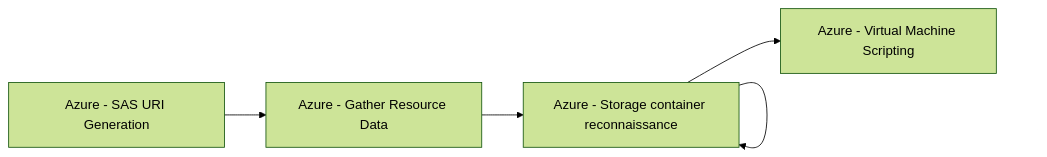
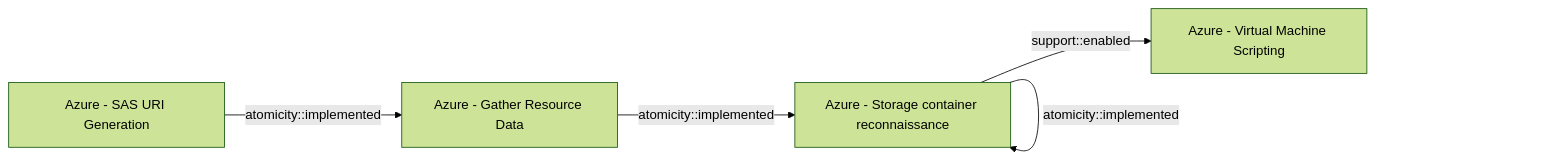
Before and after one commit to opentidehq/library: the diagram in docs/threats/azure-sas-uri-generation.md, drawn with Mermaid (forest theme). The commit also changed other lines of this file and 277 other files, not shown here.

````diff
--- a/docs/threats/azure-sas-uri-generation.md
+++ b/docs/threats/azure-sas-uri-generation.md
@@ -57,12 +90,11 @@
 ```mermaid
 flowchart LR
 9edfeee4_63ee_49cc_ab7f_43a7e602ab58["Azure - SAS URI Generation"]
 b1593e0b_1b3b_462d_9ab6_21d1c136469d["Azure - Gather Resource Data"]
 2d7ed070_e5c5_4796_b150_ea1d02ed1785["Azure - Storage container reconnaissance"]
-2d7ed070_e5c5_4796_b150_ea1d02ed1785["Azure - Storage container reconnaissance"]
 3435c5fd_1069_40ee_ae79_54c672ce454d["Azure - Virtual Machine Scripting"]
-9edfeee4_63ee_49cc_ab7f_43a7e602ab58 --> b1593e0b_1b3b_462d_9ab6_21d1c136469d
-b1593e0b_1b3b_462d_9ab6_21d1c136469d --> 2d7ed070_e5c5_4796_b150_ea1d02ed1785
-2d7ed070_e5c5_4796_b150_ea1d02ed1785 --> 2d7ed070_e5c5_4796_b150_ea1d02ed1785
-2d7ed070_e5c5_4796_b150_ea1d02ed1785 --> 3435c5fd_1069_40ee_ae79_54c672ce454d
+9edfeee4_63ee_49cc_ab7f_43a7e602ab58 -->|atomicity::implemented| b1593e0b_1b3b_462d_9ab6_21d1c136469d
+b1593e0b_1b3b_462d_9ab6_21d1c136469d -->|atomicity::implemented| 2d7ed070_e5c5_4796_b150_ea1d02ed1785
+2d7ed070_e5c5_4796_b150_ea1d02ed1785 -->|atomicity::implemented| 2d7ed070_e5c5_4796_b150_ea1d02ed1785
+2d7ed070_e5c5_4796_b150_ea1d02ed1785 -->|support::enabled| 3435c5fd_1069_40ee_ae79_54c672ce454d
 ```
````
